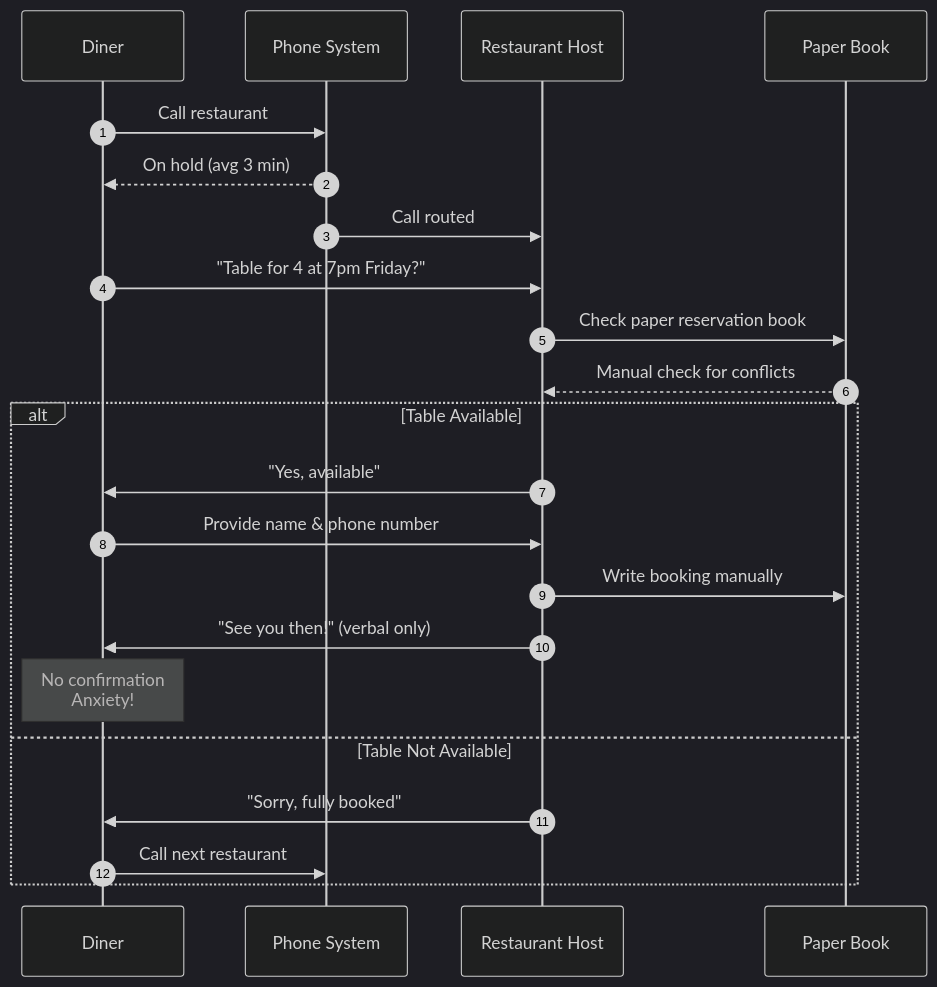
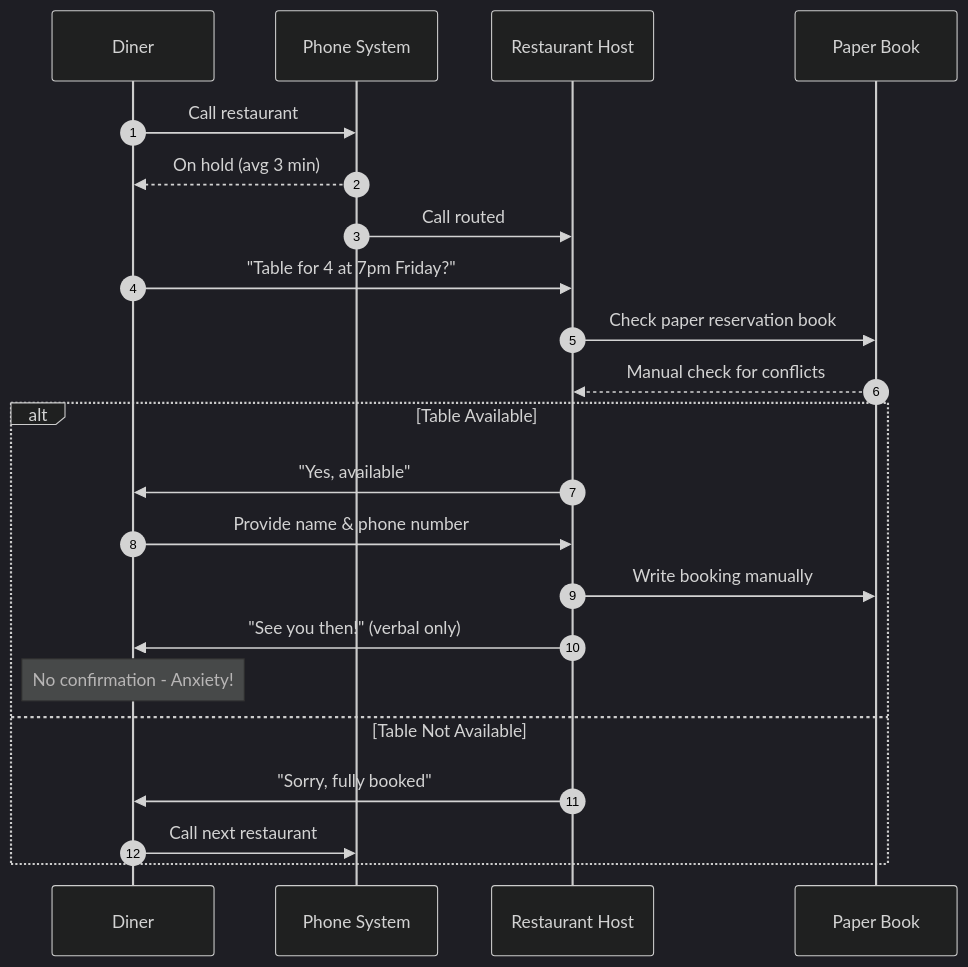
One commit to codezelaca/pm-ba-lifecycle changed the first of 5 diagrams in 02-reserve-easy-project/03-design/process-maps.md. Above: the diagram before and after it, drawn with Mermaid (dark theme). The commit also changed other lines of this file and 11 other files, not shown here.

Commit message:
docs: standardize multi-line text formatting in diagrams and tables by replacing HTML line breaks with hyphens.

````diff
--- a/02-reserve-easy-project/03-design/process-maps.md
+++ b/02-reserve-easy-project/03-design/process-maps.md
@@ -20,25 +20,25 @@
 ```mermaid
 sequenceDiagram
     autonumber
     participant D as Diner
     participant P as Phone System
     participant H as Restaurant Host
     participant B as Paper Book
 
     D->>P: Call restaurant
     P-->>D: On hold (avg 3 min)
     P->>H: Call routed
     D->>H: "Table for 4 at 7pm Friday?"
     H->>B: Check paper reservation book
     B-->>H: Manual check for conflicts
     alt Table Available
         H->>D: "Yes, available"
         D->>H: Provide name & phone number
         H->>B: Write booking manually
         H->>D: "See you then!" (verbal only)
-        Note over D: No confirmation<br/>Anxiety!
+        Note over D: No confirmation - Anxiety!
     else Table Not Available
         H->>D: "Sorry, fully booked"
         D->>P: Call next restaurant
     end
 ```
````
